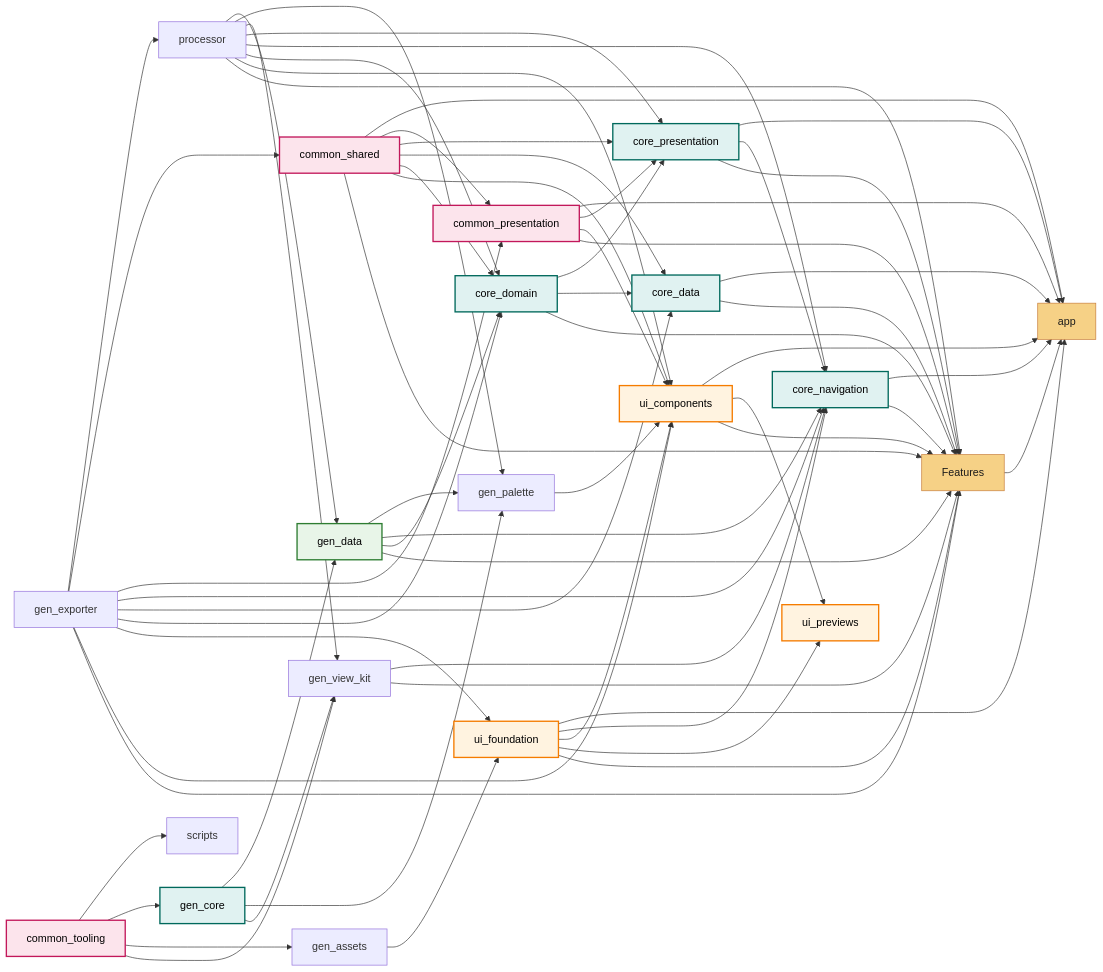
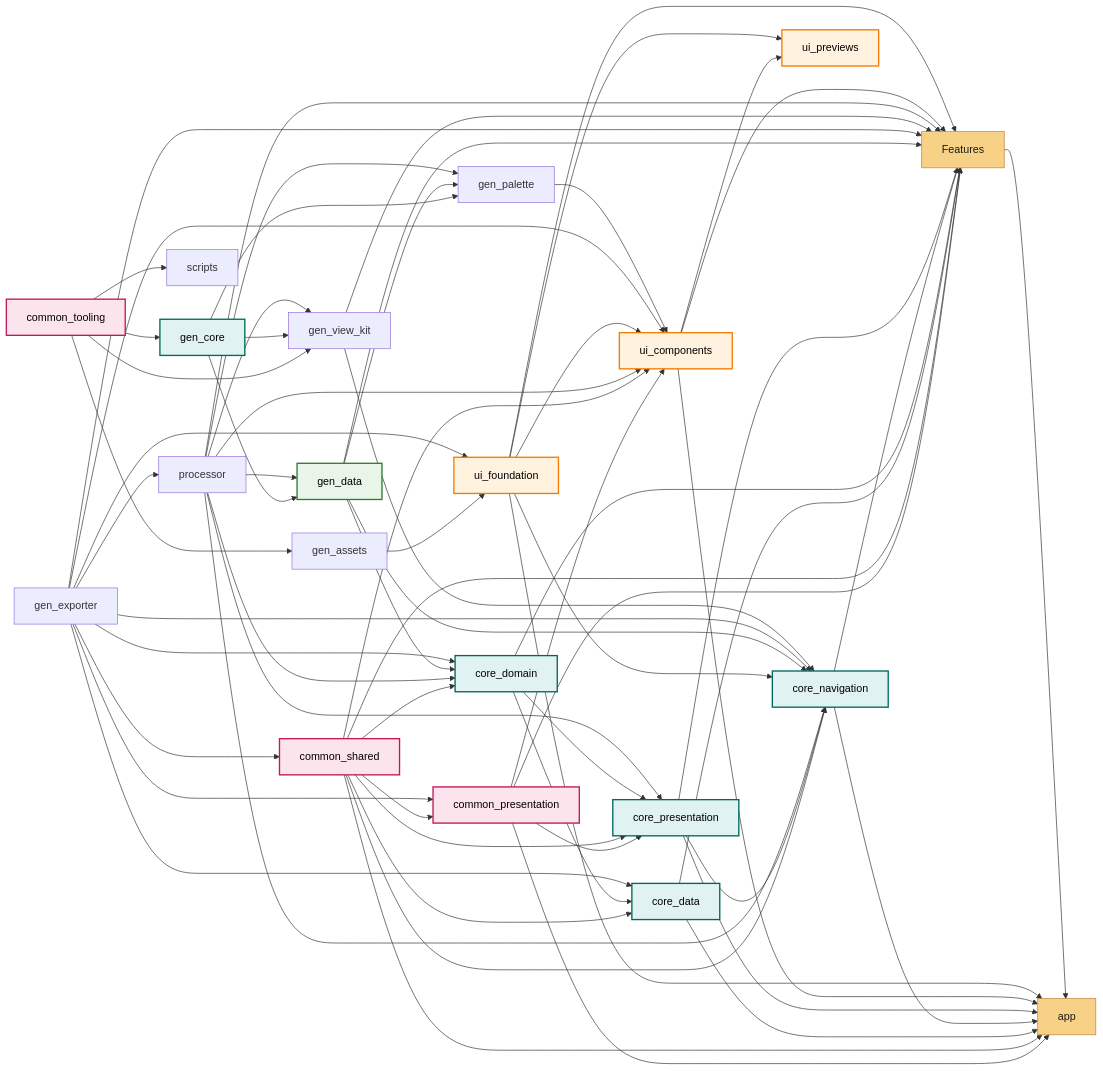
Before and after one commit to hhumbetovv/fullstack-template: the first of 4 diagrams in flutter/module_graph.md, drawn with Mermaid. The commit also changed 8 other files, not shown here.

```diff
--- a/flutter/module_graph.md
+++ b/flutter/module_graph.md
@@ -62,6 +62,7 @@
     common_shared --> core_presentation
     core_domain --> core_presentation
     processor --> core_presentation
+    common_shared --> core_navigation
     core_presentation --> core_navigation
     processor --> core_navigation
     ui_foundation --> core_navigation
```
